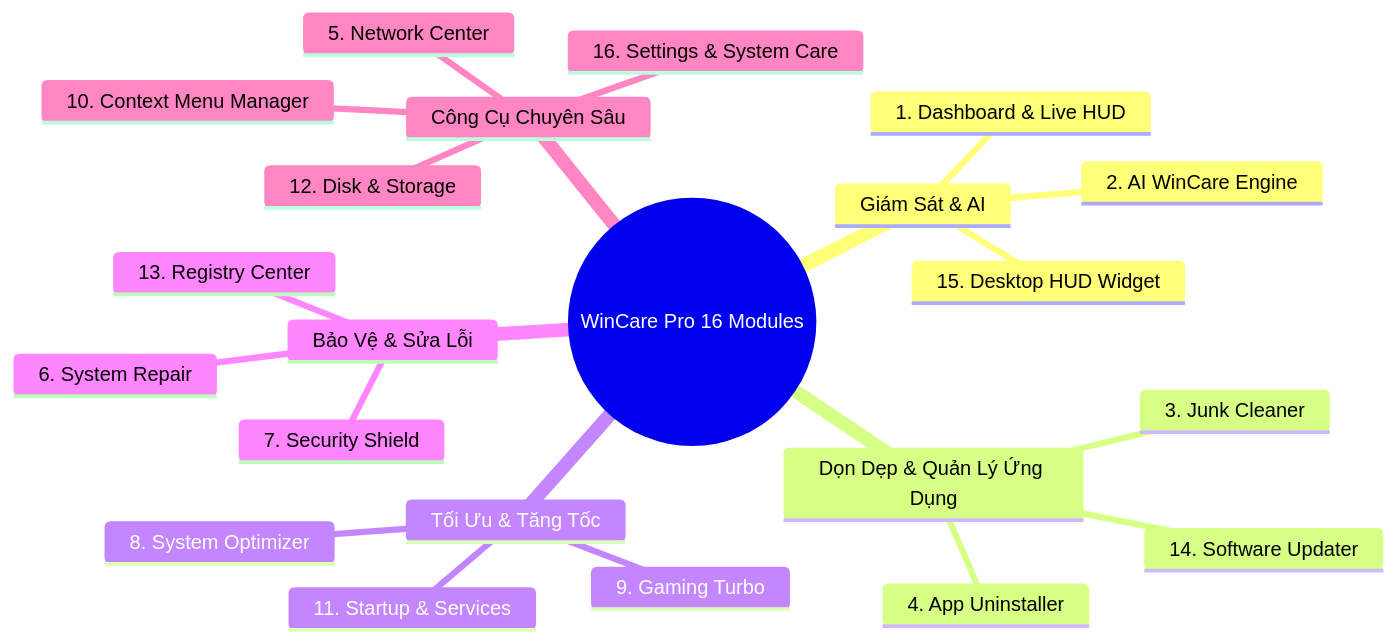
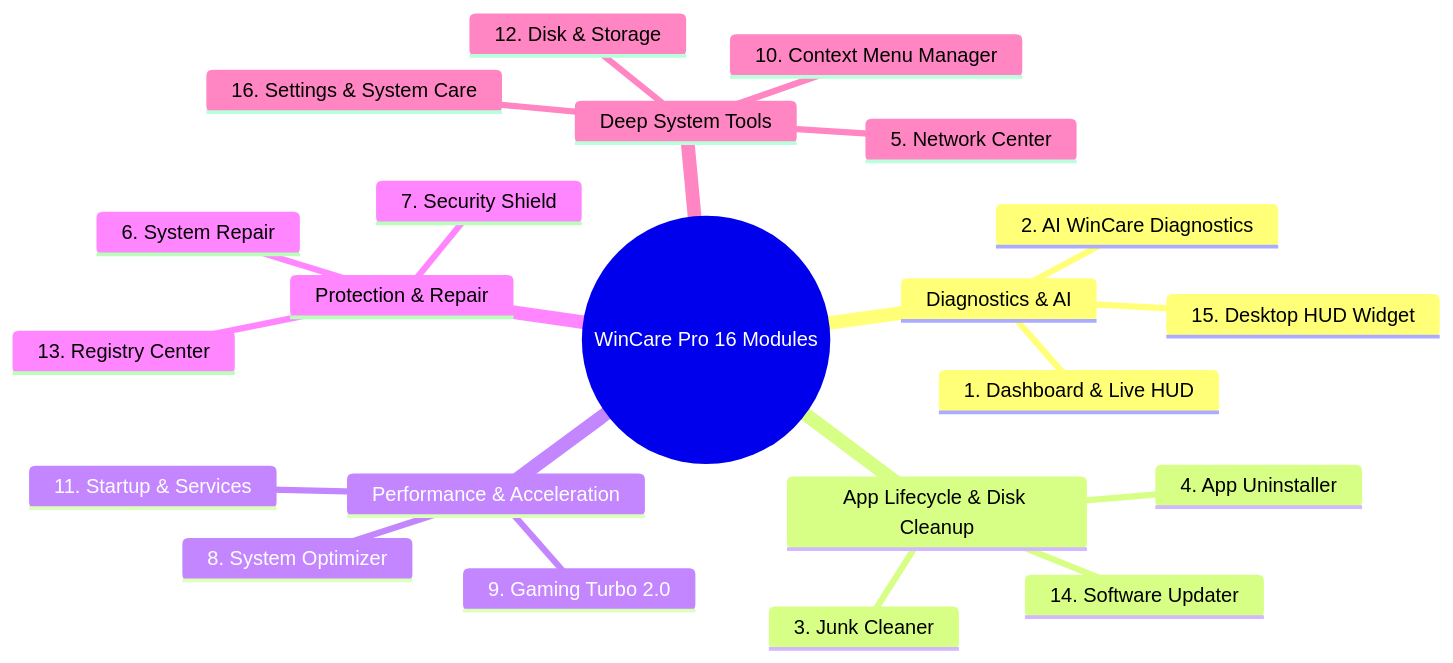
The diagram in docs/02_CORE_MODULES_DETAILED.md (Nguyen-Trung-Tien/WinCarePro), drawn with Mermaid before and after one commit. The commit also changed other lines of this file and 39 other files, not shown here.

Commit message:
docs: add comprehensive system documentation, architecture guides, developer onboarding, and AI agent rule/skill sets

````diff
--- a/docs/02_CORE_MODULES_DETAILED.md
+++ b/docs/02_CORE_MODULES_DETAILED.md
@@ -11,25 +11,25 @@
 ```mermaid
 mindmap
   root((WinCare Pro 16 Modules))
-    Giám Sát & AI
+    Diagnostics & AI
       1. Dashboard & Live HUD
-      2. AI WinCare Engine
+      2. AI WinCare Diagnostics
       15. Desktop HUD Widget
-    Dọn Dẹp & Quản Lý Ứng Dụng
+    App Lifecycle & Disk Cleanup
       3. Junk Cleaner
       4. App Uninstaller
       14. Software Updater
-    Tối Ưu & Tăng Tốc
+    Performance & Acceleration
       8. System Optimizer
-      9. Gaming Turbo
+      9. Gaming Turbo 2.0
       11. Startup & Services
-    Bảo Vệ & Sửa Lỗi
+    Protection & Repair
       6. System Repair
       7. Security Shield
       13. Registry Center
-    Công Cụ Chuyên Sâu
+    Deep System Tools
       5. Network Center
       10. Context Menu Manager
       12. Disk & Storage
       16. Settings & System Care
 ```
````
